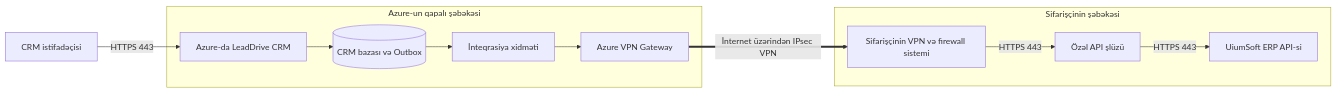
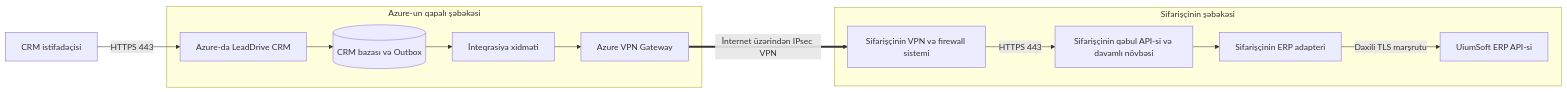
One commit to rashadoni/leaddrive-v2 changed the first of 2 diagrams in docs/uiumsoft-api-security-flow.az.md. Above: the diagram before and after it, drawn with Mermaid. The commit also changed other lines of this file and 2 other files, not shown here.

Commit message:
docs: clarify customer API boundary and security logs in AZ and EN

````diff
--- a/docs/uiumsoft-api-security-flow.az.md
+++ b/docs/uiumsoft-api-security-flow.az.md
@@ -42,14 +45,15 @@
 ```mermaid
 flowchart LR
     U[CRM istifadəçisi] -->|HTTPS 443| C[Azure-da LeadDrive CRM]
     subgraph AZ[Azure-un qapalı şəbəkəsi]
         C --> D[(CRM bazası və Outbox)]
         D --> W[İnteqrasiya xidməti]
         W --> V[Azure VPN Gateway]
     end
     V ==>|İnternet üzərindən IPsec VPN| F[Sifarişçinin VPN və firewall sistemi]
     subgraph CL[Sifarişçinin şəbəkəsi]
-        F -->|HTTPS 443| G[Özəl API şlüzü]
-        G -->|HTTPS 443| E[UiumSoft ERP API-si]
+        F -->|HTTPS 443| G[Sifarişçinin qəbul API-si və davamlı növbəsi]
+        G --> A[Sifarişçinin ERP adapteri]
+        A -->|Daxili TLS marşrutu| E[UiumSoft ERP API-si]
     end
 ```
````
